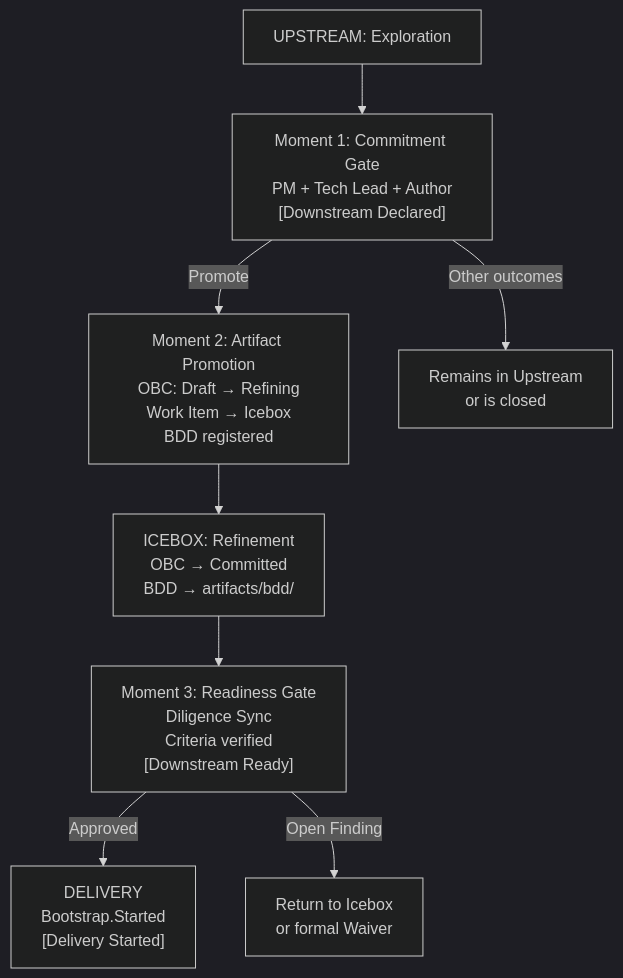
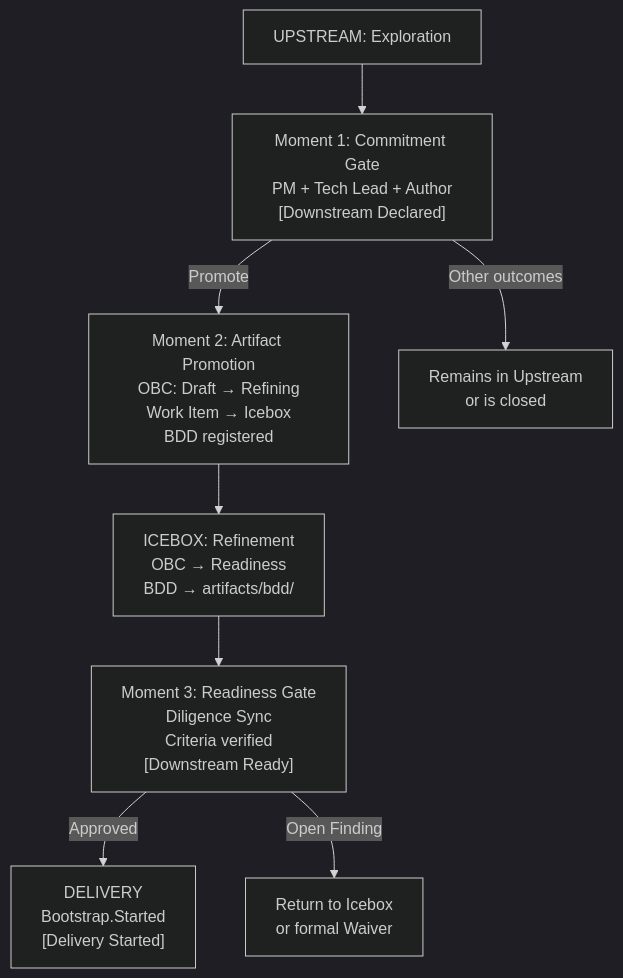
One commit to produtoreativo/from-intent-to-outcome changed the first of 2 diagrams in en/chapter-06.md. Above: the diagram before and after it, drawn with Mermaid (dark theme). The commit also changed other lines of this file and 12 other files, not shown here.

First line of the commit message:
refactor: renomeia estado OBC Committed → Readiness em PT e EN

````diff
--- a/en/chapter-06.md
+++ b/en/chapter-06.md
@@ -21,15 +21,15 @@
 ```mermaid
 graph TD
     UP["UPSTREAM: Exploration"] --> M1
 
     M1["Moment 1: Commitment Gate\nPM + Tech Lead + Author\n[Downstream Declared]"]
     M1 -->|"Promote"| M2
     M1 -->|"Other outcomes"| UP2["Remains in Upstream\nor is closed"]
 
     M2["Moment 2: Artifact Promotion\nOBC: Draft → Refining\nWork Item → Icebox\nBDD registered"]
-    M2 --> ICE["ICEBOX: Refinement\nOBC → Committed\nBDD → artifacts/bdd/"]
+    M2 --> ICE["ICEBOX: Refinement\nOBC → Readiness\nBDD → artifacts/bdd/"]
 
     ICE --> M3["Moment 3: Readiness Gate\nDiligence Sync\nCriteria verified\n[Downstream Ready]"]
     M3 -->|"Approved"| DEL["DELIVERY\nBootstrap.Started\n[Delivery Started]"]
     M3 -->|"Open Finding"| BLOCK["Return to Icebox\nor formal Waiver"]
 ```
````
